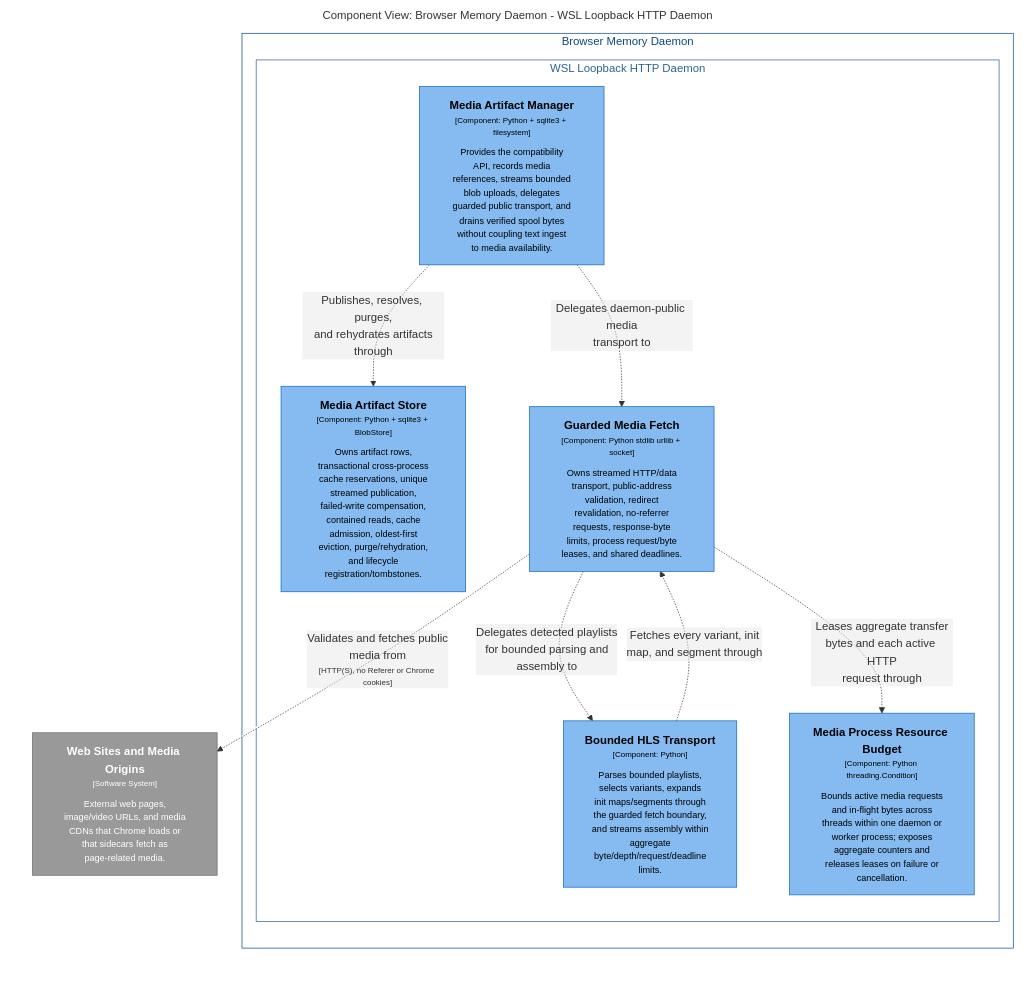
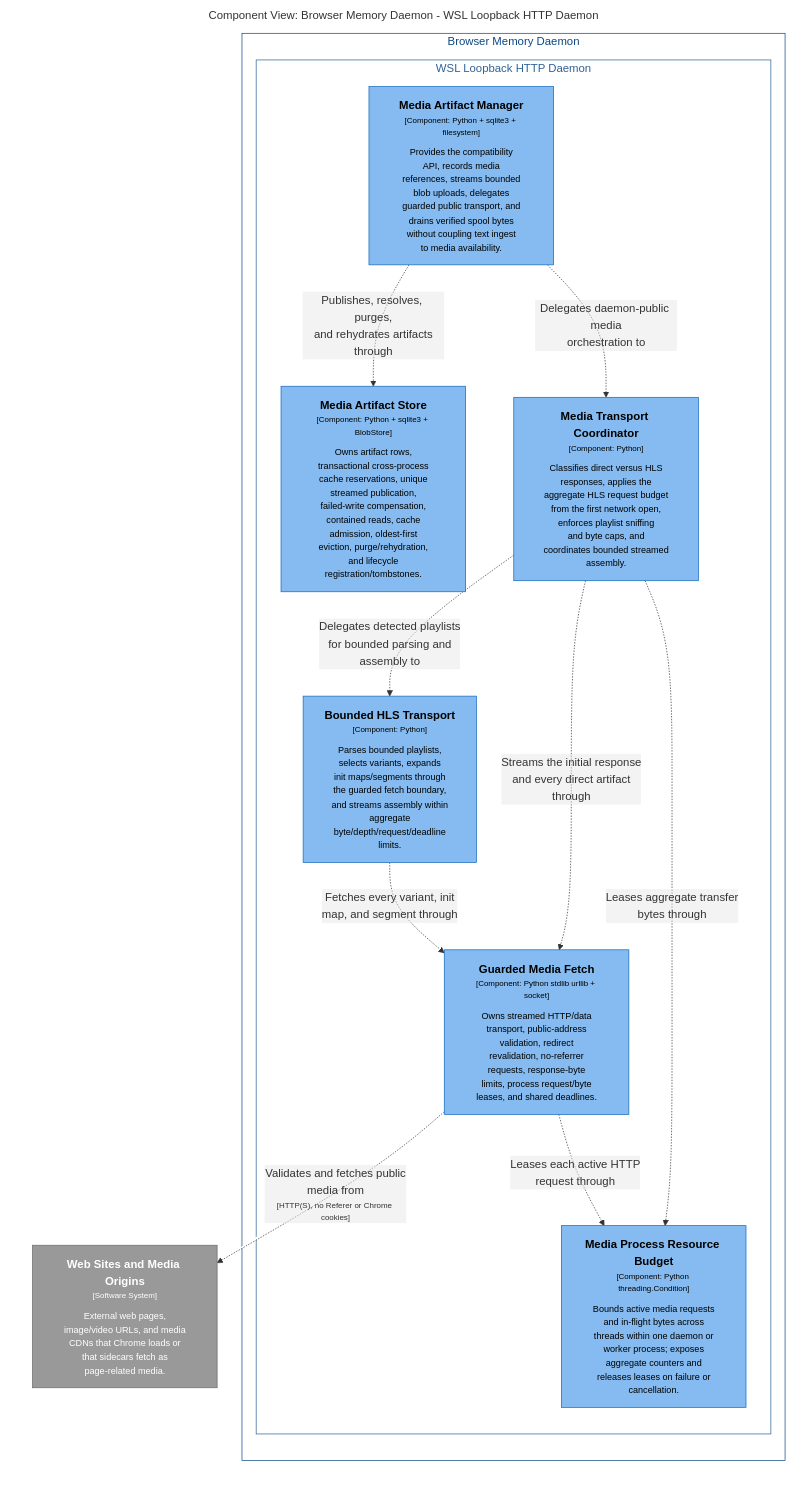
The diagram in docs/architecture/diagrams/structurizr-DaemonMediaTransportComponents.mmd (michaelnicks0/browser-memory-daemon), drawn with Mermaid before and after one commit. The commit also changed 164 other files, not shown here.

Commit message:
fix(media): close guarded transport budget gaps

```diff
--- a/docs/architecture/diagrams/structurizr-DaemonMediaTransportComponents.mmd
+++ b/docs/architecture/diagrams/structurizr-DaemonMediaTransportComponents.mmd
@@ -1,37 +1,41 @@
 graph LR
   linkStyle default fill:#ffffff
 
   subgraph diagram ["Component View: Browser Memory Daemon - WSL Loopback HTTP Daemon"]
     style diagram fill:#ffffff,stroke:#ffffff
 
     3["<div style='font-weight: bold'>Web Sites and Media Origins</div><div style='font-size: 70%; margin-top: 0px'>[Software System]</div><div style='font-size: 80%; margin-top:10px'>External web pages,<br />image/video URLs, and media<br />CDNs that Chrome loads or<br />that sidecars fetch as<br />page-related media.</div>"]
     style 3 fill:#999999,stroke:#6b6b6b,color:#ffffff
 
     subgraph 4 ["Browser Memory Daemon"]
       style 4 fill:#ffffff,stroke:#0b4884,color:#0b4884
 
       subgraph 14 ["WSL Loopback HTTP Daemon"]
         style 14 fill:#ffffff,stroke:#2e6295,color:#2e6295
 
         21["<div style='font-weight: bold'>Media Artifact Manager</div><div style='font-size: 70%; margin-top: 0px'>[Component: Python + sqlite3 + filesystem]</div><div style='font-size: 80%; margin-top:10px'>Provides the compatibility<br />API, records media<br />references, streams bounded<br />blob uploads, delegates<br />guarded public transport, and<br />drains verified spool bytes<br />without coupling text ingest<br />to media availability.</div>"]
         style 21 fill:#85bbf0,stroke:#1168bd,color:#000000
         24["<div style='font-weight: bold'>Media Artifact Store</div><div style='font-size: 70%; margin-top: 0px'>[Component: Python + sqlite3 + BlobStore]</div><div style='font-size: 80%; margin-top:10px'>Owns artifact rows,<br />transactional cross-process<br />cache reservations, unique<br />streamed publication,<br />failed-write compensation,<br />contained reads, cache<br />admission, oldest-first<br />eviction, purge/rehydration,<br />and lifecycle<br />registration/tombstones.</div>"]
         style 24 fill:#85bbf0,stroke:#1168bd,color:#000000
-        25["<div style='font-weight: bold'>Guarded Media Fetch</div><div style='font-size: 70%; margin-top: 0px'>[Component: Python stdlib urllib + socket]</div><div style='font-size: 80%; margin-top:10px'>Owns streamed HTTP/data<br />transport, public-address<br />validation, redirect<br />revalidation, no-referrer<br />requests, response-byte<br />limits, process request/byte<br />leases, and shared deadlines.</div>"]
+        25["<div style='font-weight: bold'>Media Transport Coordinator</div><div style='font-size: 70%; margin-top: 0px'>[Component: Python]</div><div style='font-size: 80%; margin-top:10px'>Classifies direct versus HLS<br />responses, applies the<br />aggregate HLS request budget<br />from the first network open,<br />enforces playlist sniffing<br />and byte caps, and<br />coordinates bounded streamed<br />assembly.</div>"]
         style 25 fill:#85bbf0,stroke:#1168bd,color:#000000
-        26["<div style='font-weight: bold'>Bounded HLS Transport</div><div style='font-size: 70%; margin-top: 0px'>[Component: Python]</div><div style='font-size: 80%; margin-top:10px'>Parses bounded playlists,<br />selects variants, expands<br />init maps/segments through<br />the guarded fetch boundary,<br />and streams assembly within<br />aggregate<br />byte/depth/request/deadline<br />limits.</div>"]
+        26["<div style='font-weight: bold'>Guarded Media Fetch</div><div style='font-size: 70%; margin-top: 0px'>[Component: Python stdlib urllib + socket]</div><div style='font-size: 80%; margin-top:10px'>Owns streamed HTTP/data<br />transport, public-address<br />validation, redirect<br />revalidation, no-referrer<br />requests, response-byte<br />limits, process request/byte<br />leases, and shared deadlines.</div>"]
         style 26 fill:#85bbf0,stroke:#1168bd,color:#000000
-        28["<div style='font-weight: bold'>Media Process Resource Budget</div><div style='font-size: 70%; margin-top: 0px'>[Component: Python threading.Condition]</div><div style='font-size: 80%; margin-top:10px'>Bounds active media requests<br />and in-flight bytes across<br />threads within one daemon or<br />worker process; exposes<br />aggregate counters and<br />releases leases on failure or<br />cancellation.</div>"]
-        style 28 fill:#85bbf0,stroke:#1168bd,color:#000000
+        27["<div style='font-weight: bold'>Bounded HLS Transport</div><div style='font-size: 70%; margin-top: 0px'>[Component: Python]</div><div style='font-size: 80%; margin-top:10px'>Parses bounded playlists,<br />selects variants, expands<br />init maps/segments through<br />the guarded fetch boundary,<br />and streams assembly within<br />aggregate<br />byte/depth/request/deadline<br />limits.</div>"]
+        style 27 fill:#85bbf0,stroke:#1168bd,color:#000000
+        29["<div style='font-weight: bold'>Media Process Resource Budget</div><div style='font-size: 70%; margin-top: 0px'>[Component: Python threading.Condition]</div><div style='font-size: 80%; margin-top:10px'>Bounds active media requests<br />and in-flight bytes across<br />threads within one daemon or<br />worker process; exposes<br />aggregate counters and<br />releases leases on failure or<br />cancellation.</div>"]
+        style 29 fill:#85bbf0,stroke:#1168bd,color:#000000
       end
 
     end
 
     21-. "<div>Publishes, resolves, purges,<br />and rehydrates artifacts<br />through</div><div style='font-size: 70%'></div>" .->24
-    21-. "<div>Delegates daemon-public media<br />transport to</div><div style='font-size: 70%'></div>" .->25
-    25-. "<div>Delegates detected playlists<br />for bounded parsing and<br />assembly to</div><div style='font-size: 70%'></div>" .->26
-    25-. "<div>Leases aggregate transfer<br />bytes and each active HTTP<br />request through</div><div style='font-size: 70%'></div>" .->28
-    25-. "<div>Validates and fetches public<br />media from</div><div style='font-size: 70%'>[HTTP(S), no Referer or Chrome cookies]</div>" .->3
-    26-. "<div>Fetches every variant, init<br />map, and segment through</div><div style='font-size: 70%'></div>" .->25
+    21-. "<div>Delegates daemon-public media<br />orchestration to</div><div style='font-size: 70%'></div>" .->25
+    25-. "<div>Streams the initial response<br />and every direct artifact<br />through</div><div style='font-size: 70%'></div>" .->26
+    25-. "<div>Delegates detected playlists<br />for bounded parsing and<br />assembly to</div><div style='font-size: 70%'></div>" .->27
+    25-. "<div>Leases aggregate transfer<br />bytes through</div><div style='font-size: 70%'></div>" .->29
+    26-. "<div>Leases each active HTTP<br />request through</div><div style='font-size: 70%'></div>" .->29
+    26-. "<div>Validates and fetches public<br />media from</div><div style='font-size: 70%'>[HTTP(S), no Referer or Chrome cookies]</div>" .->3
+    27-. "<div>Fetches every variant, init<br />map, and segment through</div><div style='font-size: 70%'></div>" .->26
 
   end
```
